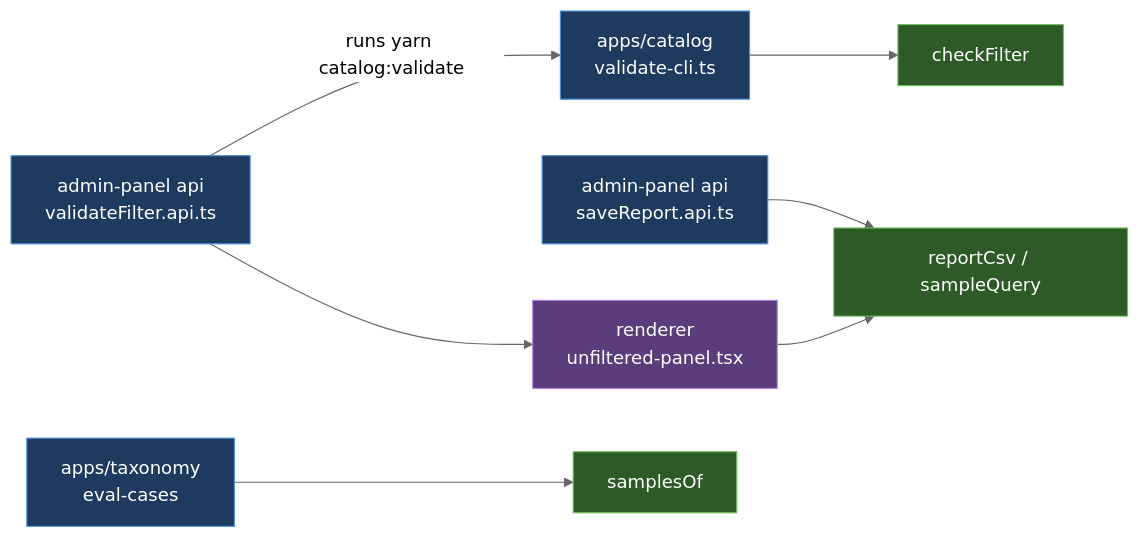
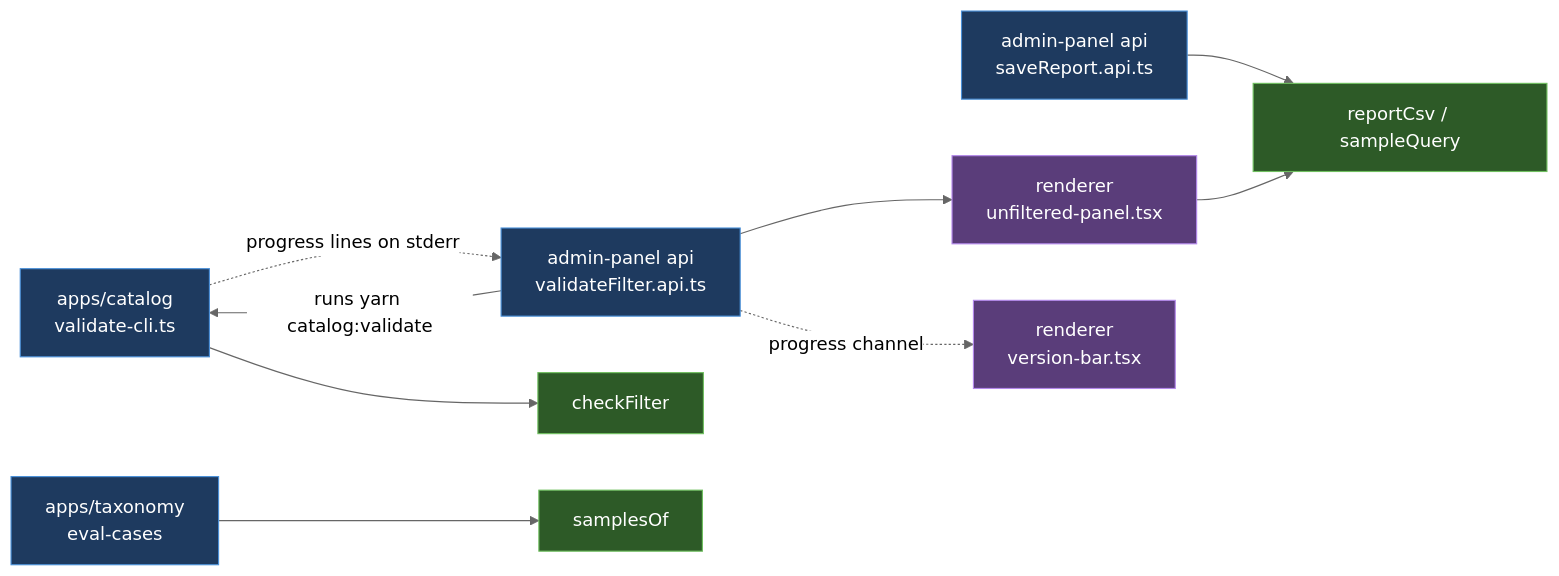
Before and after one commit to andreicaminschi/poe-stuff: the fifth of 5 diagrams in docs/sample-validation.md, drawn with Mermaid (neutral theme). The commit also changed other lines of this file and 1 other file, not shown here.

````diff
--- a/docs/sample-validation.md
+++ b/docs/sample-validation.md
@@ -196,22 +227,25 @@
 ```mermaid
 flowchart LR
     classDef app fill:#1e3a5f,stroke:#4a90d9,color:#fff
     classDef lib fill:#2d5a27,stroke:#6fbf5f,color:#fff
     classDef ui fill:#5a3d7a,stroke:#b388eb,color:#fff
 
     CLI["apps/catalog<br/>validate-cli.ts"]:::app
     API["admin-panel api<br/>validateFilter.api.ts"]:::app
     SAVE["admin-panel api<br/>saveReport.api.ts"]:::app
     UIP["renderer<br/>unfiltered-panel.tsx"]:::ui
+    BAR["renderer<br/>version-bar.tsx"]:::ui
     CF["checkFilter"]:::lib
     CSV["reportCsv / sampleQuery"]:::lib
     EV["apps/taxonomy<br/>eval-cases"]:::app
+    SO["samplesOf"]:::lib
 
     API -- "runs yarn catalog:validate" --> CLI
     CLI --> CF
+    CLI -. "progress lines on stderr" .-> API
+    API -. "progress channel" .-> BAR
     API --> UIP
     SAVE --> CSV
     UIP --> CSV
-    SO["samplesOf"]:::lib
     EV --> SO
 ```
````
